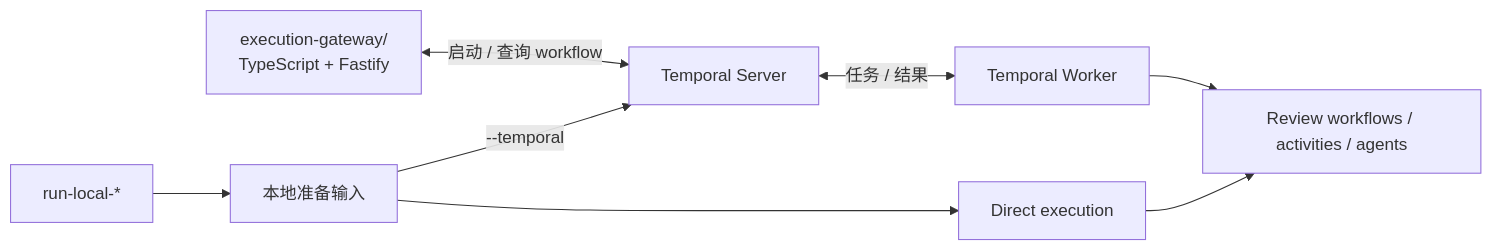
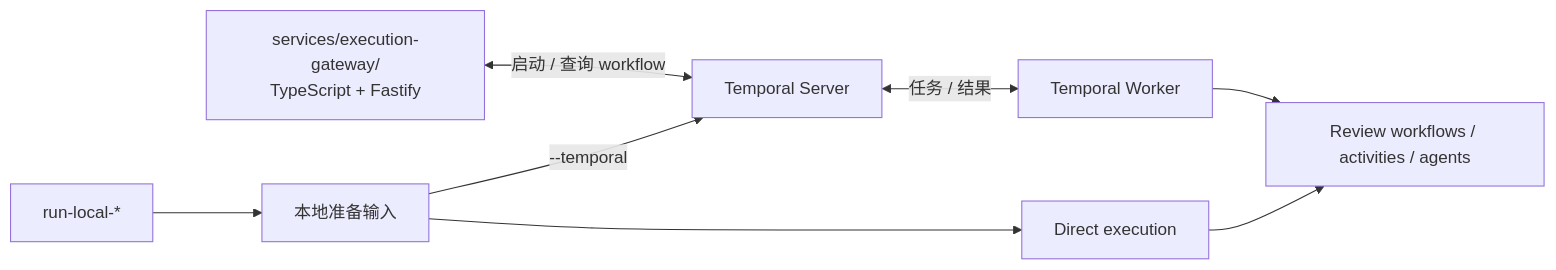
One commit to Agent-AI-Chalmers/sec-review-bot changed the diagram in agents/README.zh.md. Above: the diagram before and after it, drawn with Mermaid. The commit also changed other lines of this file and 203 other files, not shown here.

````diff
--- a/agents/README.zh.md
+++ b/agents/README.zh.md
@@ -113,12 +113,12 @@
 ```mermaid
 flowchart LR
-    gateway["execution-gateway/<br/>TypeScript + Fastify"] <-->|"启动 / 查询 workflow"| temporal["Temporal Server"]
+    gateway["services/execution-gateway/<br/>TypeScript + Fastify"] <-->|"启动 / 查询 workflow"| temporal["Temporal Server"]
 
     local["run-local-*"] --> materialize["本地准备输入"]
     materialize --> direct["Direct execution"]
     materialize -->|"--temporal"| temporal
 
     temporal <-->|"任务 / 结果"| worker["Temporal Worker"]
     worker --> execution["Review workflows / activities / agents"]
     direct --> execution
 ```
````
